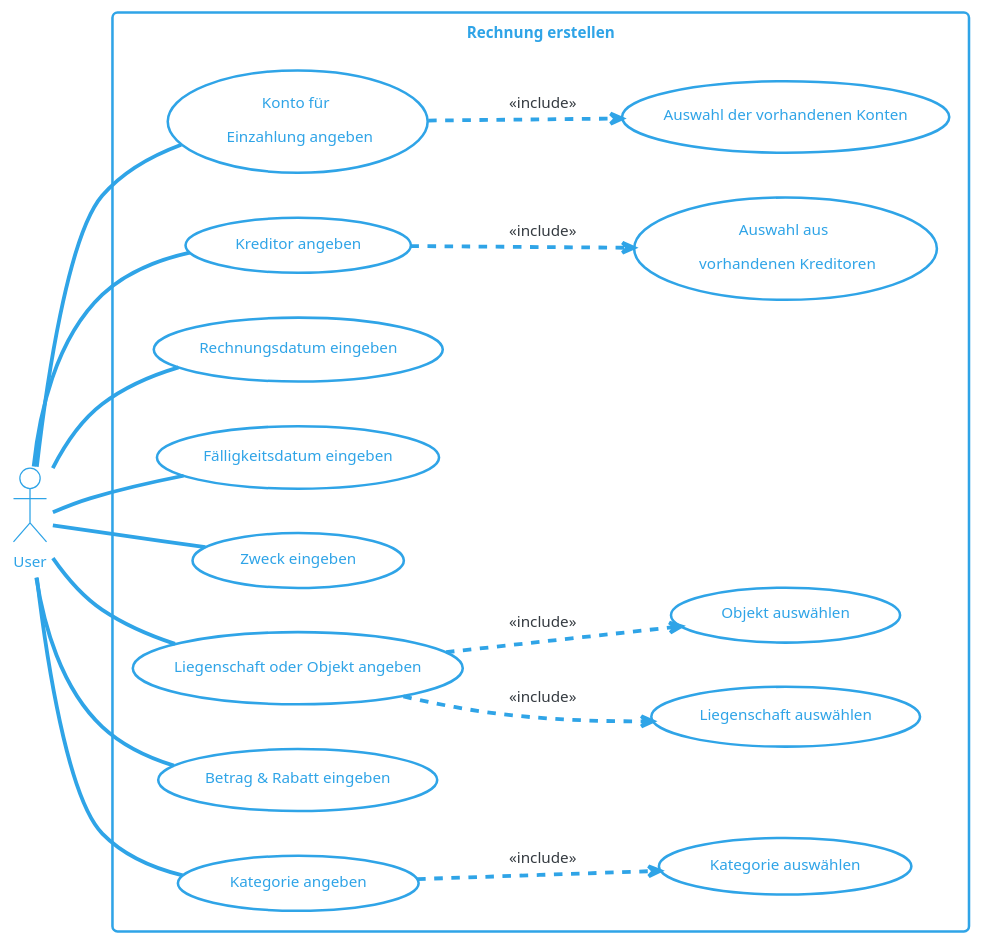
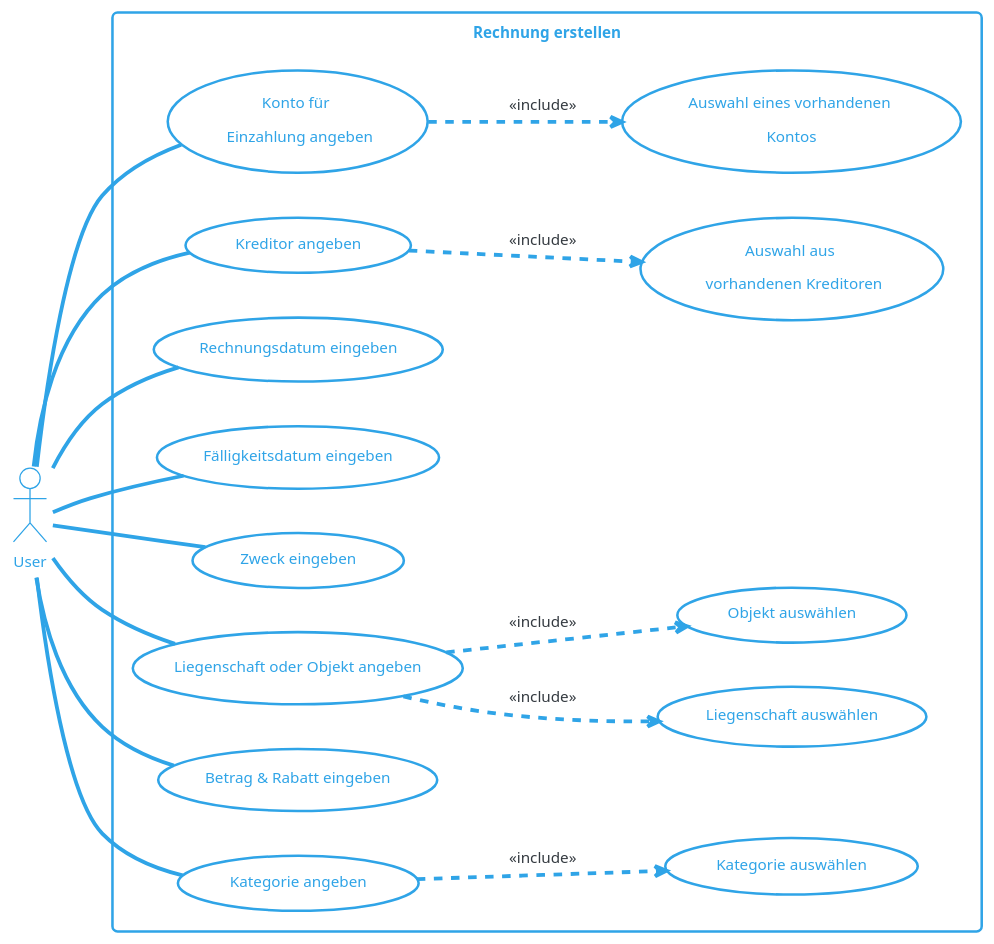
One commit to sirtheta/ImmoGlobal_Semesterarbeit changed the diagram in docs/content/diagrams/usecase/rechnungErstellen.wsd. Above: the diagram before and after it, drawn with PlantUML. The commit also changed 26 other files, not shown here.

```diff
--- a/docs/content/diagrams/usecase/rechnungErstellen.wsd
+++ b/docs/content/diagrams/usecase/rechnungErstellen.wsd
@@ -1,34 +1,34 @@
 @startuml Rechnung erstellen
 !theme cerulean-outline
 
 left to right direction
 actor "User" as fc
 rectangle "Rechnung erstellen" {
   usecase "Konto für \n Einzahlung angeben" as UC1
-  usecase "Auswahl der vorhandenen Konten" as inc1
+  usecase "Auswahl eines vorhandenen \nKontos" as inc1
   usecase "Kreditor angeben" as UC2
   usecase "Auswahl aus \n vorhandenen Kreditoren" as inc2
   usecase "Rechnungsdatum eingeben" as UC3
   usecase "Fälligkeitsdatum eingeben" as UC4
   usecase "Zweck eingeben" as UC5
   usecase "Liegenschaft oder Objekt angeben" as UC6
   usecase "Liegenschaft auswählen" as inc3
   usecase "Objekt auswählen" as inc4
   usecase "Betrag & Rabatt eingeben" as UC7
   usecase "Kategorie angeben" as UC8
   usecase "Kategorie auswählen" as inc5
 } 
 fc -- UC1
 UC1 ..> inc1 : <<include>>
 fc -- UC2
 UC2 ..> inc2 : <<include>>
 fc -- UC3
 fc -- UC4
 fc -- UC5
 fc -- UC6
 UC6 ..> inc3 : <<include>>
 UC6 ..> inc4 : <<include>>
 fc -- UC7
 fc -- UC8
 UC8 ..> inc5 : <<include>>
 @enduml
```
